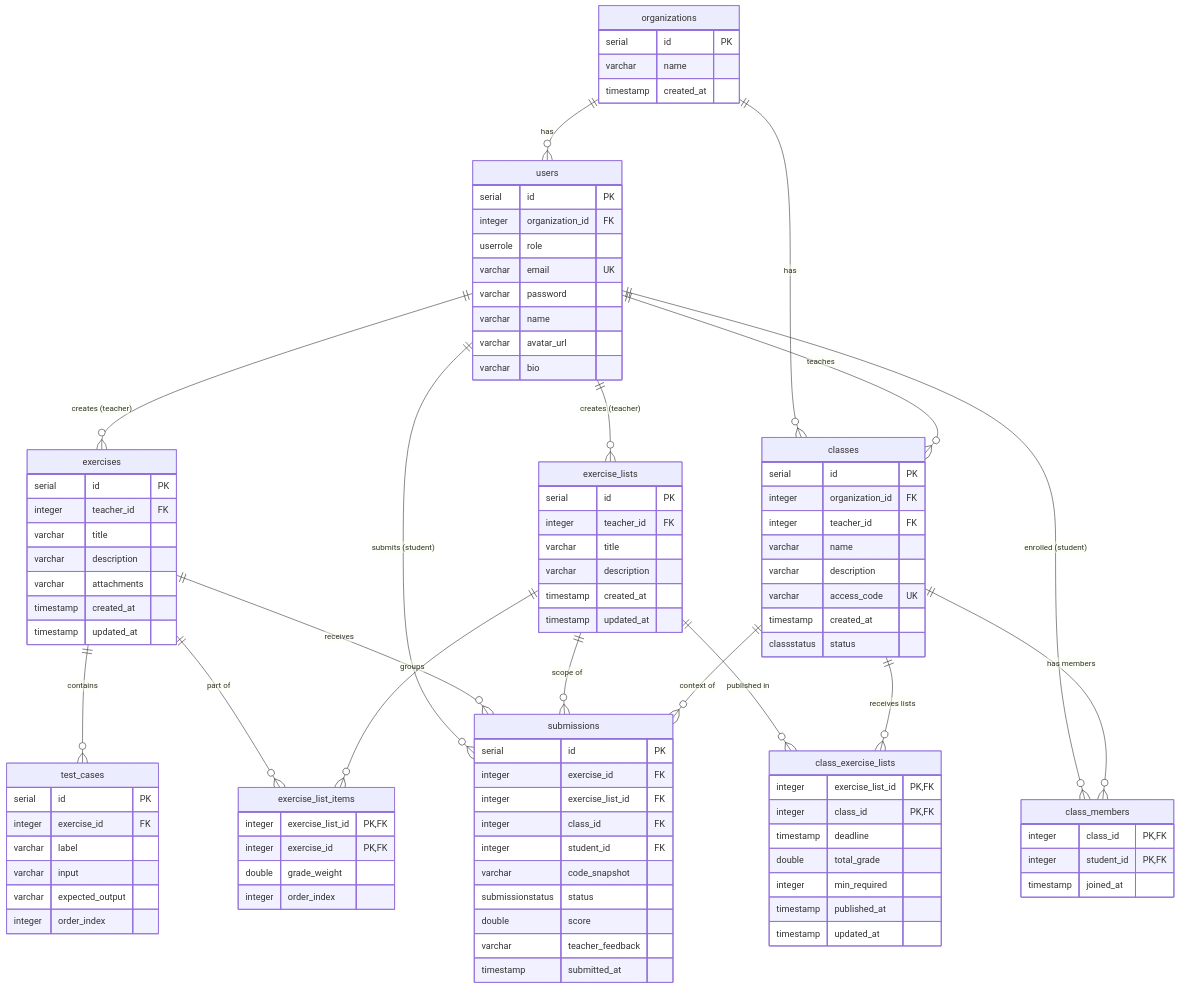
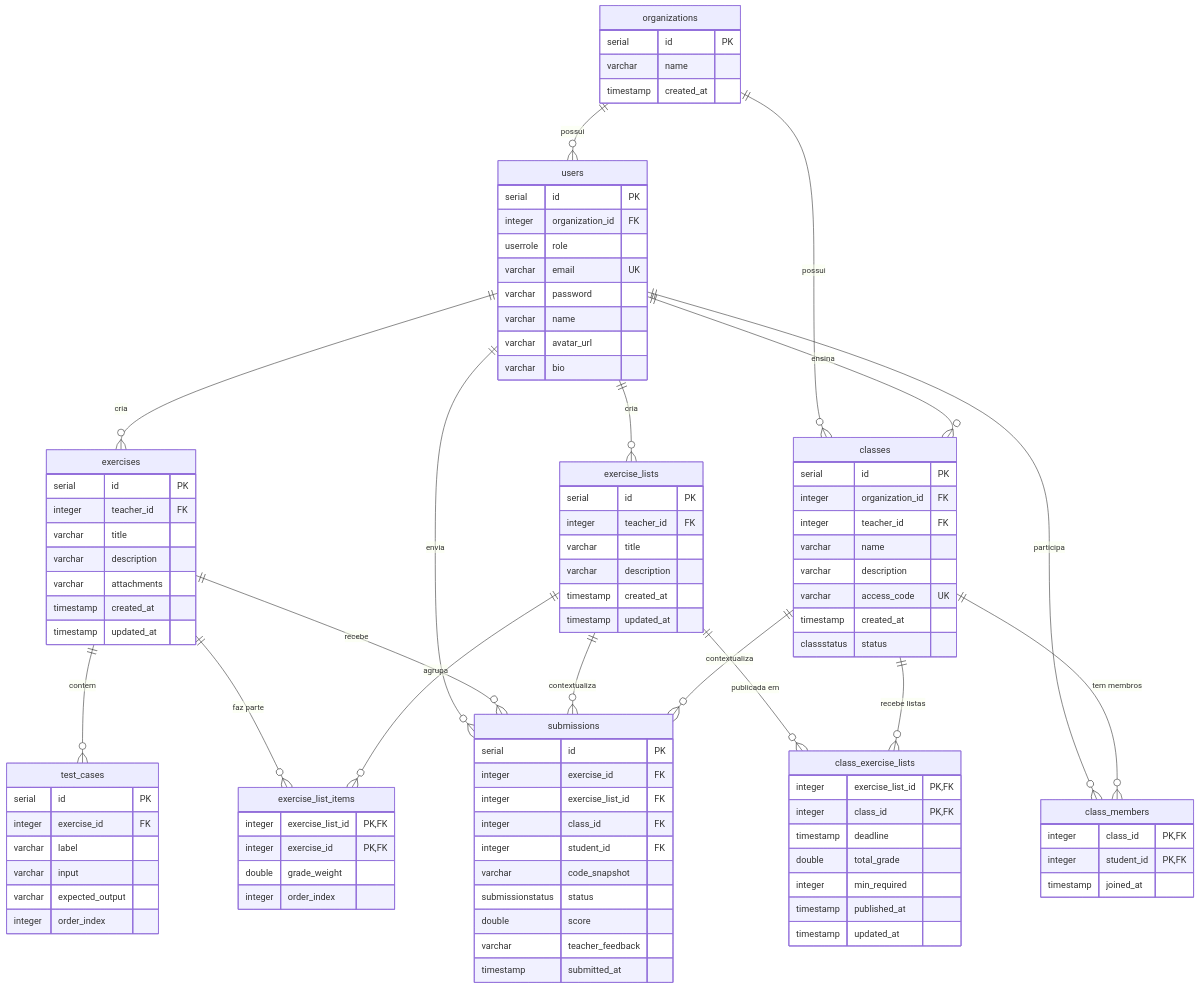
The diagram in README.MD (igorlamoia/dynamic-interpreter), drawn with Mermaid before and after one commit. The commit also changed other lines of this file and 22 other files, not shown here.

````diff
--- a/README.MD
+++ b/README.MD
@@ -180,25 +240,25 @@
 ```mermaid
 erDiagram
-    organizations ||--o{ users : "has"
-    organizations ||--o{ classes : "has"
+    organizations ||--o{ users : "possui"
+    organizations ||--o{ classes : "possui"
 
-    users ||--o{ exercises : "creates (teacher)"
-    users ||--o{ exercise_lists : "creates (teacher)"
-    users ||--o{ classes : "teaches"
-    users ||--o{ class_members : "enrolled (student)"
-    users ||--o{ submissions : "submits (student)"
+    users ||--o{ exercises : "cria"
+    users ||--o{ exercise_lists : "cria"
+    users ||--o{ classes : "ensina"
+    users ||--o{ class_members : "participa"
+    users ||--o{ submissions : "envia"
 
-    exercises ||--o{ test_cases : "contains"
-    exercises ||--o{ exercise_list_items : "part of"
-    exercises ||--o{ submissions : "receives"
+    exercises ||--o{ test_cases : "contem"
+    exercises ||--o{ exercise_list_items : "faz parte"
+    exercises ||--o{ submissions : "recebe"
 
-    exercise_lists ||--o{ exercise_list_items : "groups"
-    exercise_lists ||--o{ class_exercise_lists : "published in"
-    exercise_lists ||--o{ submissions : "scope of"
+    exercise_lists ||--o{ exercise_list_items : "agrupa"
+    exercise_lists ||--o{ class_exercise_lists : "publicada em"
+    exercise_lists ||--o{ submissions : "contextualiza"
 
-    classes ||--o{ class_members : "has members"
-    classes ||--o{ class_exercise_lists : "receives lists"
-    classes ||--o{ submissions : "context of"
+    classes ||--o{ class_members : "tem membros"
+    classes ||--o{ class_exercise_lists : "recebe listas"
+    classes ||--o{ submissions : "contextualiza"
 
     organizations {
         serial id PK
````
